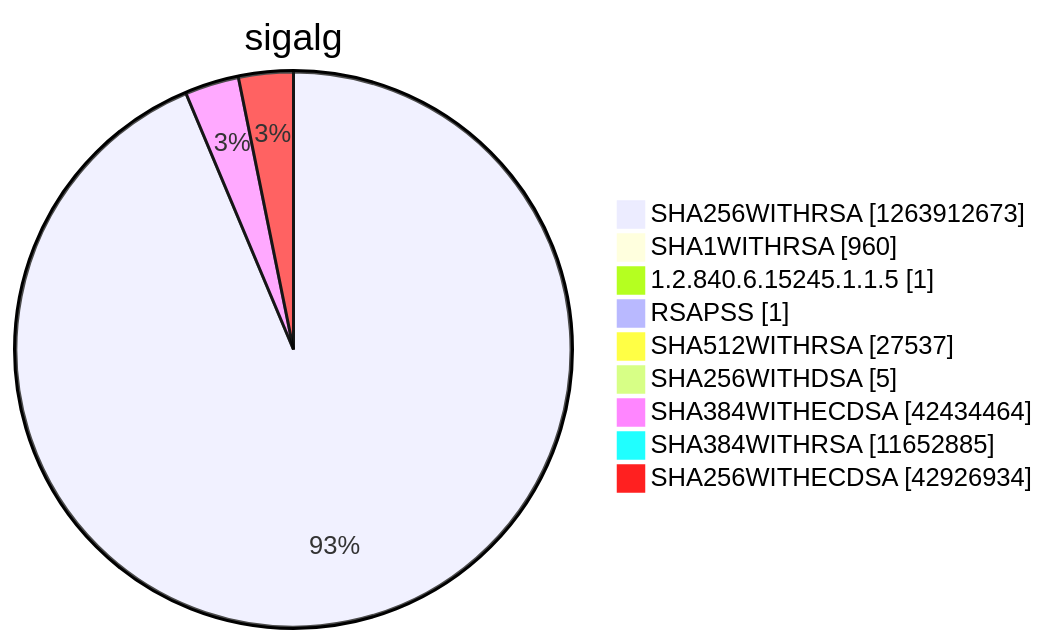
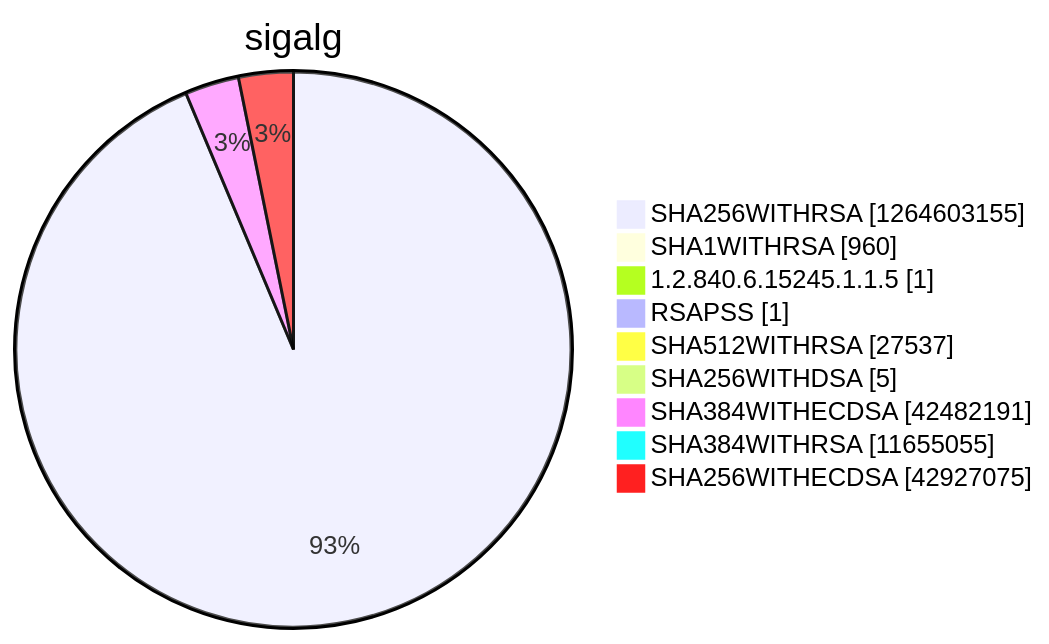
One commit to christiankrug/ctmonitor_visualization changed diagram 15 of 15 in argon2022/README.md. Above: the diagram before and after it, drawn with Mermaid. The commit also changed other lines of this file, not shown here.

````diff
--- a/argon2022/README.md
+++ b/argon2022/README.md
@@ -5522,13 +5522,13 @@
 ```mermaid
 pie showData
 title sigalg
-"SHA256WITHRSA" :1263912673
+"SHA256WITHRSA" :1264603155
 "SHA1WITHRSA" :960
 "1.2.840.6.15245.1.1.5" :1
 "RSAPSS" :1
 "SHA512WITHRSA" :27537
 "SHA256WITHDSA" :5
-"SHA384WITHECDSA" :42434464
-"SHA384WITHRSA" :11652885
-"SHA256WITHECDSA" :42926934
+"SHA384WITHECDSA" :42482191
+"SHA384WITHRSA" :11655055
+"SHA256WITHECDSA" :42927075
 ```
````
